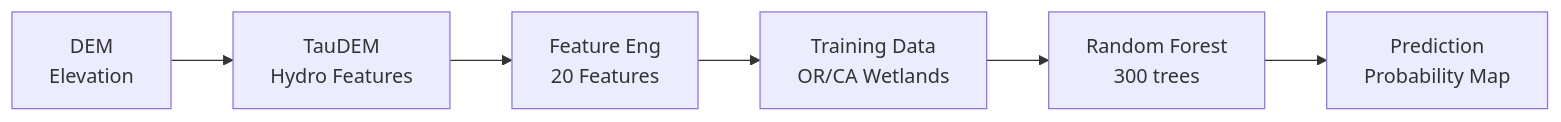
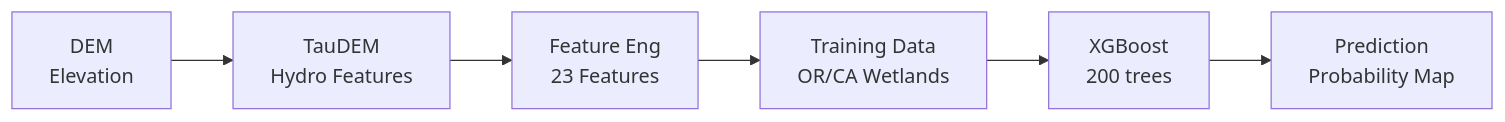
Before and after one commit to RaiderSoft/Lost-Meadows: the diagram in README.md, drawn with Mermaid. The commit also changed other lines of this file and 1 other file, not shown here.

````diff
--- a/README.md
+++ b/README.md
@@ -52,8 +54,8 @@
 ```mermaid
 graph LR
     A[DEM<br/>Elevation] --> B[TauDEM<br/>Hydro Features]
-    B --> C[Feature Eng<br/>20 Features]
+    B --> C[Feature Eng<br/>23 Features]
     C --> D[Training Data<br/>OR/CA Wetlands]
-    D --> E[Random Forest<br/>300 trees]
+    D --> E[XGBoost<br/>200 trees]
     E --> F[Prediction<br/>Probability Map]
 ```
````
